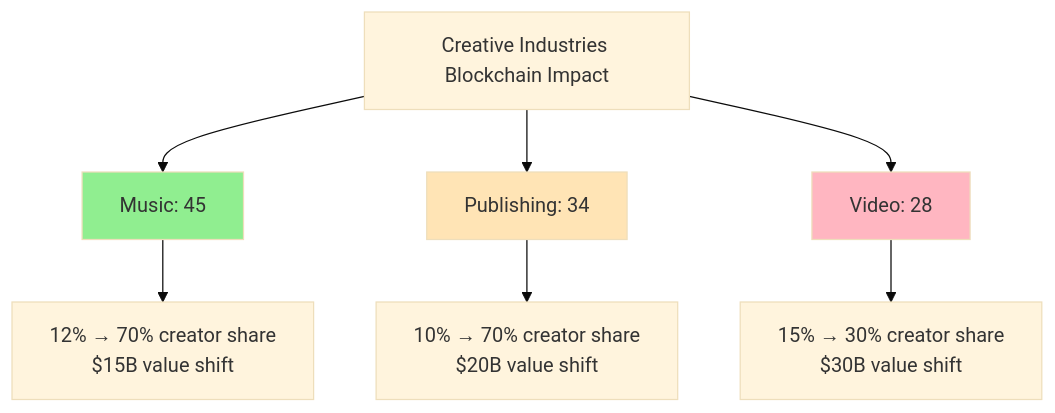
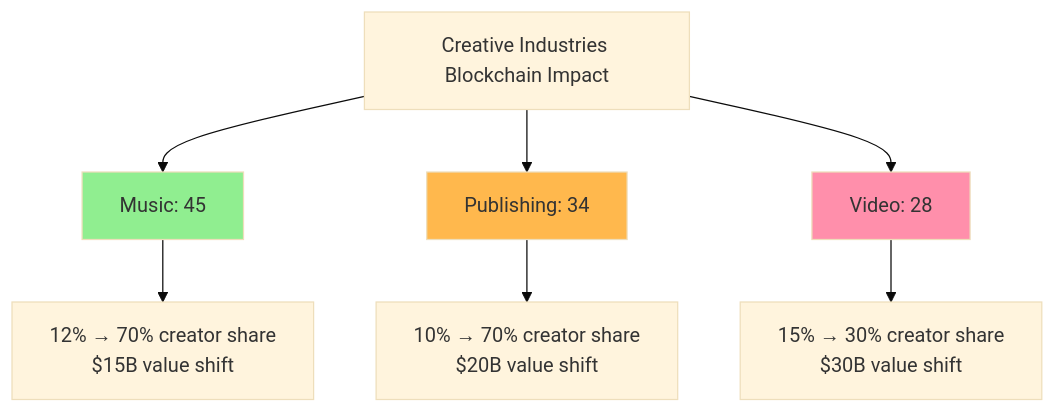
Before and after one commit to ljg-cqu/knowledge: diagram 21 of 22 in Industry/Blockchain/Blockchain/ValueChain/QA_ClaudeOpus.md, drawn with Mermaid (base theme). The commit also changed other lines of this file and 6 other files, not shown here.

````diff
--- a/Industry/Blockchain/Blockchain/ValueChain/QA_ClaudeOpus.md
+++ b/Industry/Blockchain/Blockchain/ValueChain/QA_ClaudeOpus.md
@@ -1896,14 +1896,14 @@
 ```mermaid
 graph TD
     A[Creative Industries Blockchain Impact] --> B[Music: 45]
     A --> C[Publishing: 34]
     A --> D[Video: 28]
     
     B --> E[12% → 70% creator share<br/>$15B value shift]
     C --> F[10% → 70% creator share<br/>$20B value shift]
     D --> G[15% → 30% creator share<br/>$30B value shift]
     
     style B fill:#90EE90
-    style C fill:#FFE4B5
-    style D fill:#FFB6C1
+    style C fill:#FFB84D
+    style D fill:#FF8FAB
 ```
````
